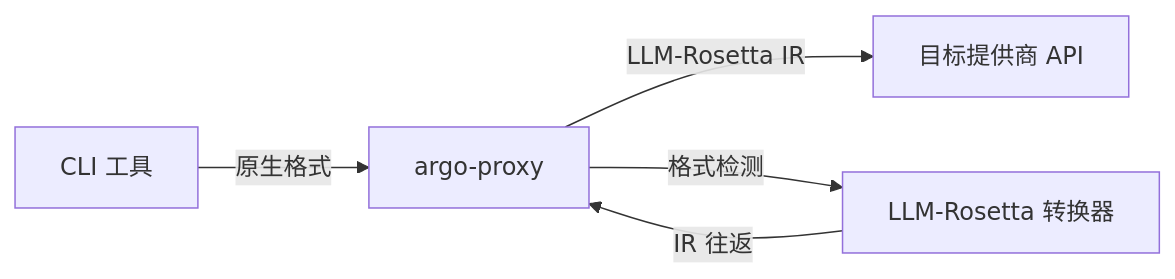
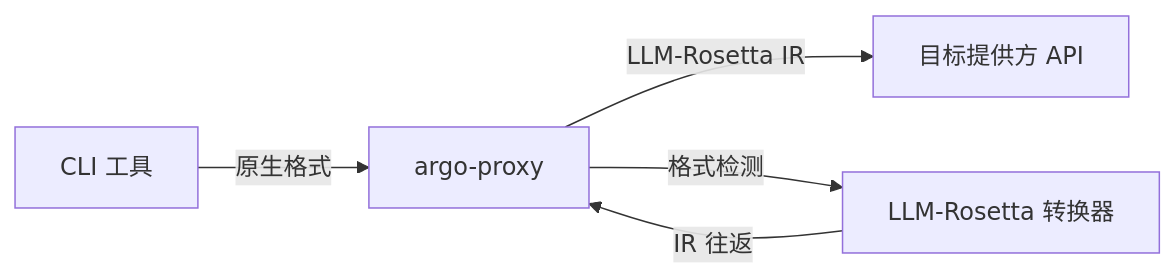
One commit to Oaklight/llm-rosetta changed the diagram in docs/guide/compatibility.md. Above: the diagram before and after it, drawn with Mermaid. The commit also changed other lines of this file and 29 other files, not shown here.

````diff
--- a/docs/guide/compatibility.md
+++ b/docs/guide/compatibility.md
@@ -34,7 +34,7 @@
 ```mermaid
 graph LR
     A[CLI 工具] -->|原生格式| B[argo-proxy]
-    B -->|LLM-Rosetta IR| C[目标提供商 API]
+    B -->|LLM-Rosetta IR| C[目标提供方 API]
     B -->|格式检测| D[LLM-Rosetta 转换器]
     D -->|IR 往返| B
 ```
````
